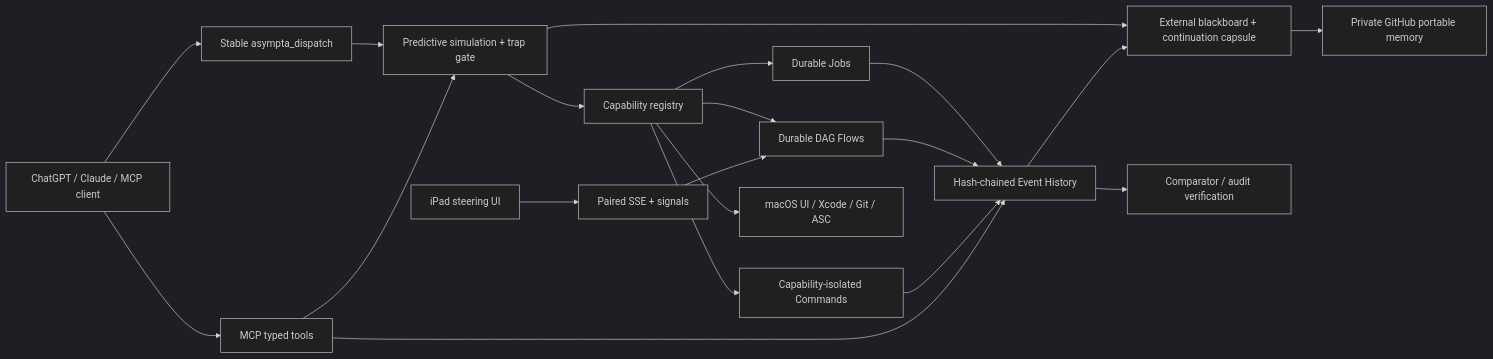
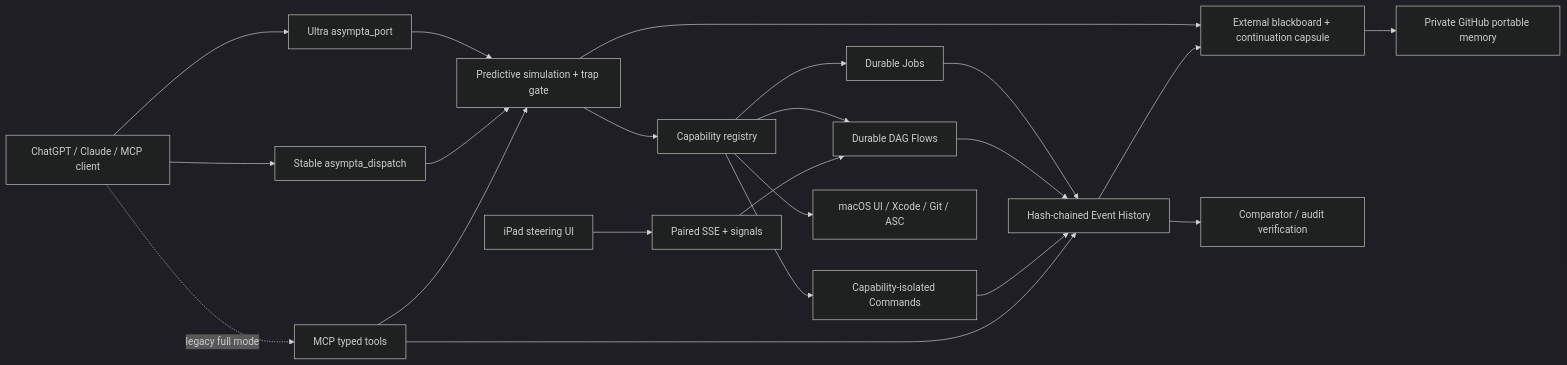
Before and after one commit to okok147/asympta-computer-public: the diagram in docs/ARCHITECTURE_9_5.md, drawn with Mermaid (dark theme). The commit also changed other lines of this file and 10 other files, not shown here.

Commit message:
Publish Asympta Computer v0.11 ultra compression evidence

````diff
--- a/docs/ARCHITECTURE_9_5.md
+++ b/docs/ARCHITECTURE_9_5.md
@@ -7,22 +13,24 @@
 ```mermaid
 flowchart LR
-  C[ChatGPT / Claude / MCP client] --> D[Stable asympta_dispatch]
-  C --> M[MCP typed tools]
-  D --> P[Predictive simulation + trap gate]
+  C[ChatGPT / Claude / MCP client] --> U[Ultra asympta_port]
+  C --> D[Stable asympta_dispatch]
+  C -. legacy full mode .-> M[MCP typed tools]
+  U --> P[Predictive simulation + trap gate]
+  D --> P
   M --> P
   P --> R[Capability registry]
   P --> B[External blackboard + continuation capsule]
   B --> GM[Private GitHub portable memory]
   R --> J[Durable Jobs]
   R --> F[Durable DAG Flows]
   R --> X[Capability-isolated Commands]
   R --> UI[macOS UI / Xcode / Git / ASC]
   I[iPad steering UI] --> S[Paired SSE + signals]
   S --> F
   J --> E[Hash-chained Event History]
   F --> E
   X --> E
   M --> E
   E --> V[Comparator / audit verification]
   E --> B
 ```
````
